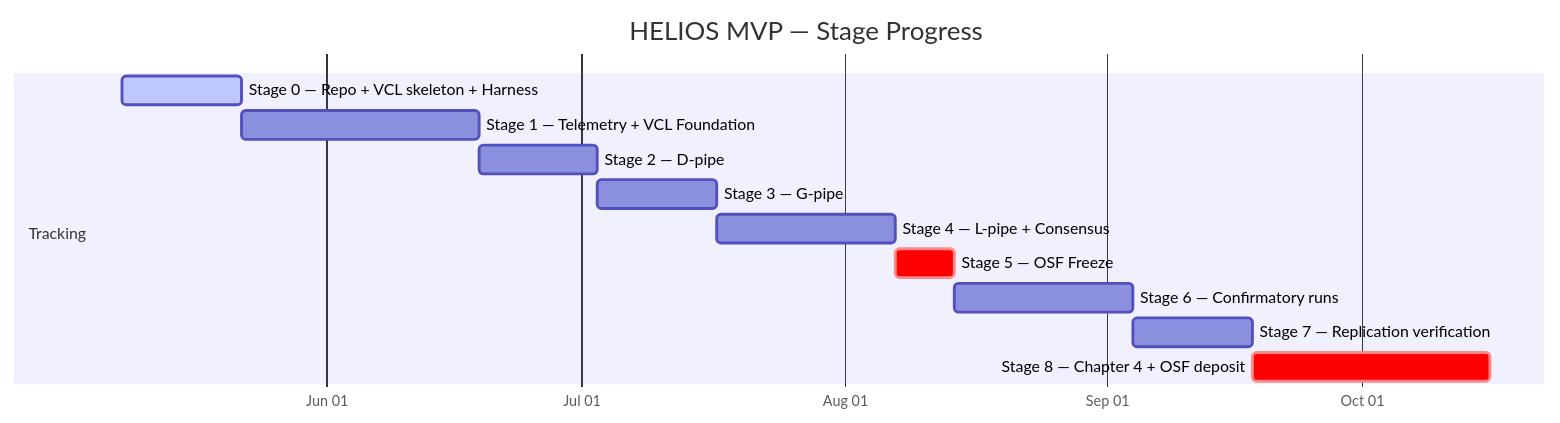
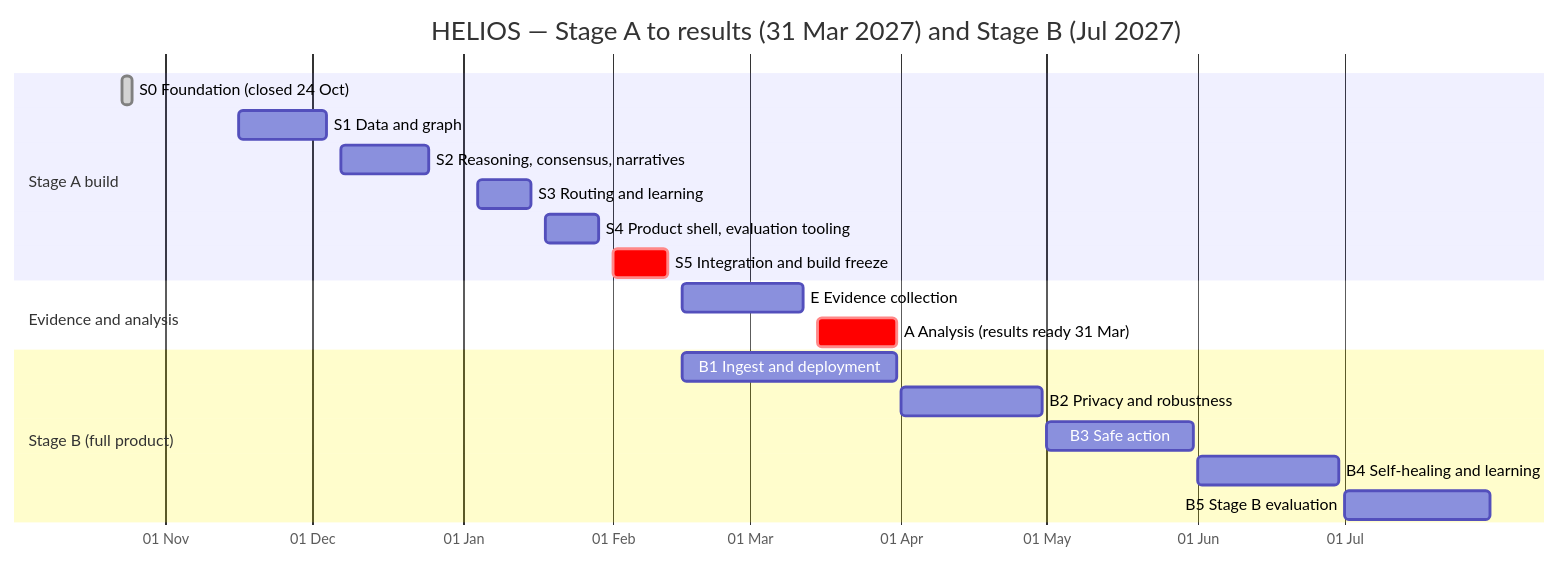
Before and after one commit to akshayadik/helios-mvp: the first of 2 diagrams in docs/tracking/dashboard.md, drawn with Mermaid. The commit also changed other lines of this file and 19 other files, not shown here.

````diff
--- a/docs/tracking/dashboard.md
+++ b/docs/tracking/dashboard.md
@@ -9,17 +11,25 @@
 ```mermaid
 gantt
-    title HELIOS MVP — Stage Progress
+    title HELIOS — Stage A to results (31 Mar 2027) and Stage B (Jul 2027)
     dateFormat YYYY-MM-DD
-    axisFormat %b %d
+    axisFormat %d %b
 
-    section Tracking
-    Stage 0 — Repo + VCL skeleton + Harness   :active, s0, 2026-05-08, 14d
-    Stage 1 — Telemetry + VCL Foundation      :s1, after s0, 28d
-    Stage 2 — D-pipe                          :s2, after s1, 14d
-    Stage 3 — G-pipe                          :s3, after s2, 14d
-    Stage 4 — L-pipe + Consensus              :s4, after s3, 21d
-    Stage 5 — OSF Freeze                      :crit, s5, after s4, 7d
-    Stage 6 — Confirmatory runs               :s6, after s5, 21d
-    Stage 7 — Replication verification        :s7, after s6, 14d
-    Stage 8 — Chapter 4 + OSF deposit         :crit, s8, after s7, 28d
+    section Stage A build
+    S0 Foundation (closed 24 Oct)        :done, s0, 2026-10-23, 2d
+    S1 Data and graph                    :s1, 2026-11-16, 2026-12-04
+    S2 Reasoning, consensus, narratives  :s2, 2026-12-07, 2026-12-25
+    S3 Routing and learning              :s3, 2027-01-04, 2027-01-15
+    S4 Product shell, evaluation tooling :s4, 2027-01-18, 2027-01-29
+    S5 Integration and build freeze      :crit, s5, 2027-02-01, 2027-02-12
+
+    section Evidence and analysis
+    E Evidence collection                :e, 2027-02-15, 2027-03-12
+    A Analysis (results ready 31 Mar)    :crit, a, 2027-03-15, 2027-03-31
+
+    section Stage B (full product)
+    B1 Ingest and deployment             :b1, 2027-02-15, 2027-03-31
+    B2 Privacy and robustness            :b2, 2027-04-01, 2027-04-30
+    B3 Safe action                       :b3, 2027-05-01, 2027-05-31
+    B4 Self-healing and learning         :b4, 2027-06-01, 2027-06-30
+    B5 Stage B evaluation                :b5, 2027-07-01, 2027-07-31
 ```
````
